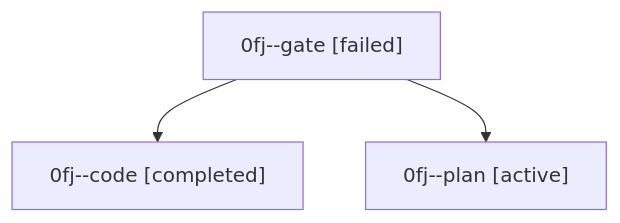
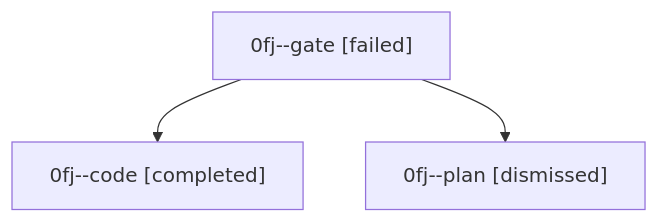
One commit to bobs-org/bob-cli--agents changed the diagram in sessions/bbugyi200.athena.0fj.md. Above: the diagram before and after it, drawn with Mermaid. The commit also changed other lines of this file and 34 other files, not shown here.

````diff
--- a/sessions/bbugyi200.athena.0fj.md
+++ b/sessions/bbugyi200.athena.0fj.md
@@ -9,8 +9,8 @@
 ```mermaid
 flowchart TD
   n0["0fj--gate [failed]"]
   n1["0fj--code [completed]"]
   n0 --> n1
-  n2["0fj--plan [active]"]
+  n2["0fj--plan [dismissed]"]
   n0 --> n2
 ```
````
